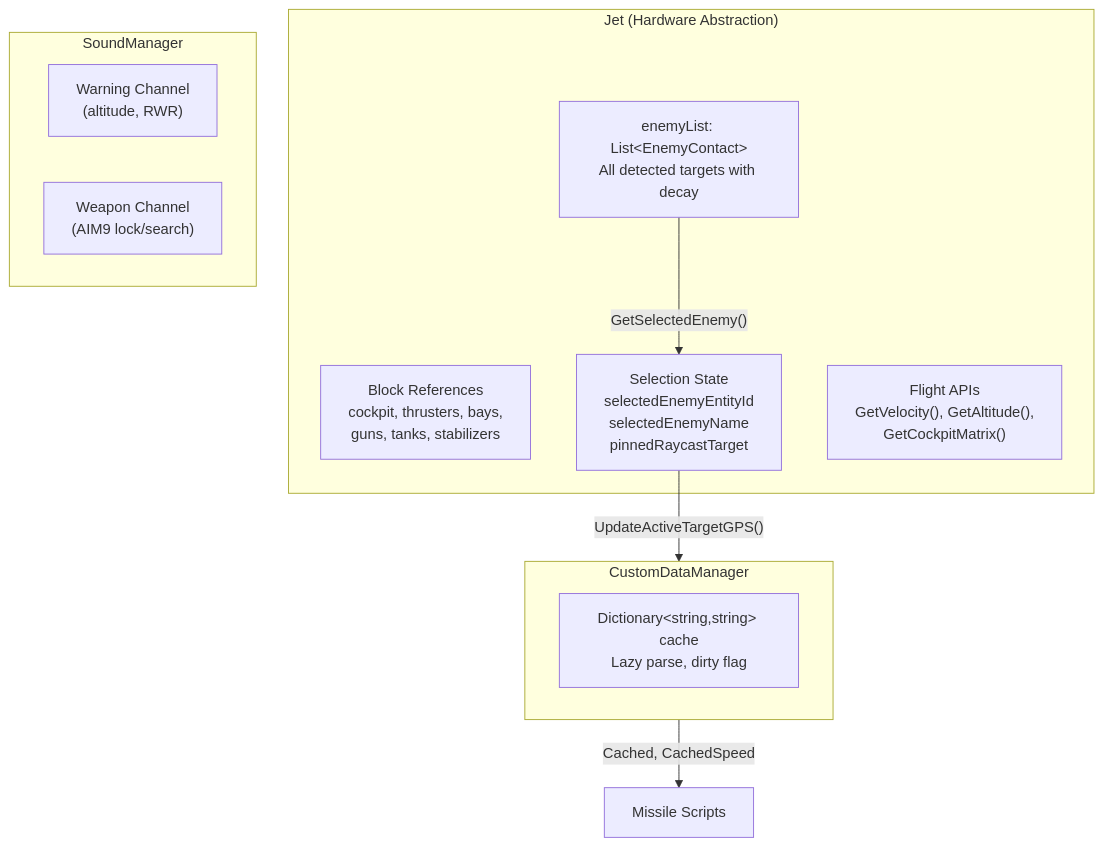
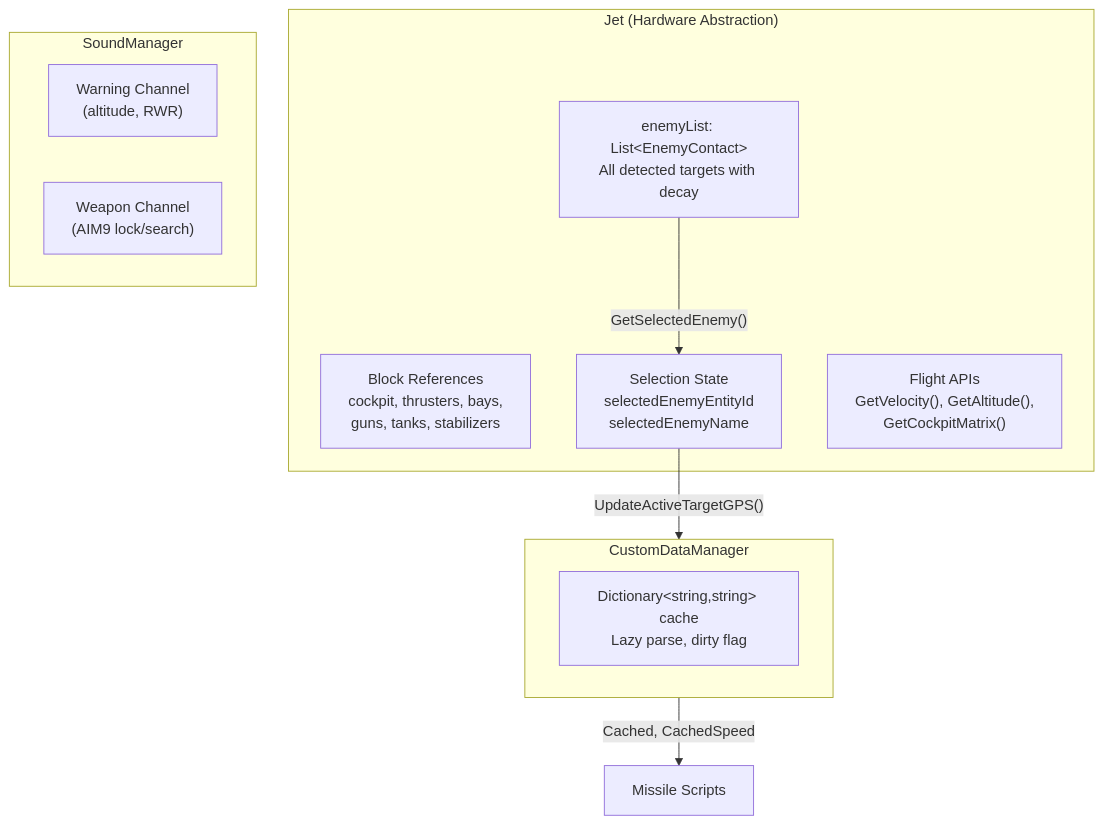
One commit to Terilia/JetOS changed the fifth of 6 diagrams in docs/architecture.md. Above: the diagram before and after it, drawn with Mermaid. The commit also changed other lines of this file and 45 other files, not shown here.

````diff
--- a/docs/architecture.md
+++ b/docs/architecture.md
@@ -148,22 +150,22 @@
 ```mermaid
 flowchart TD
     subgraph Jet ["Jet (Hardware Abstraction)"]
         BLOCKS["Block References\ncockpit, thrusters, bays,\nguns, tanks, stabilizers"]
         ENEMIES["enemyList: List&lt;EnemyContact&gt;\nAll detected targets with decay"]
-        SELECT["Selection State\nselectedEnemyEntityId\nselectedEnemyName\npinnedRaycastTarget"]
+        SELECT["Selection State\nselectedEnemyEntityId\nselectedEnemyName"]
         FLIGHT["Flight APIs\nGetVelocity(), GetAltitude(),\nGetCockpitMatrix()"]
     end
 
     subgraph CDM ["CustomDataManager"]
         CACHE["Dictionary&lt;string,string&gt; cache\nLazy parse, dirty flag"]
     end
 
     subgraph SM ["SoundManager"]
         WARN["Warning Channel\n(altitude, RWR)"]
         WEAP["Weapon Channel\n(AIM9 lock/search)"]
     end
 
     ENEMIES --> |"GetSelectedEnemy()"| SELECT
     SELECT --> |"UpdateActiveTargetGPS()"| CDM
     CDM --> |"Cached, CachedSpeed"| MISSILES["Missile Scripts"]
 ```
````
